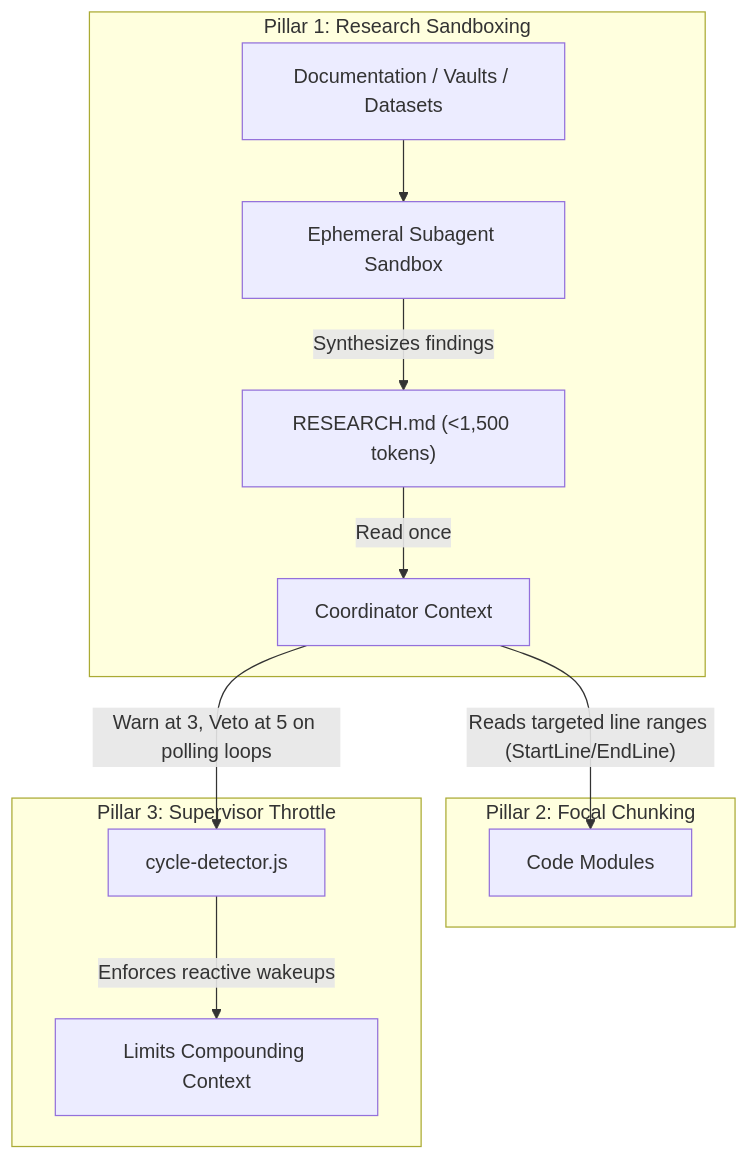
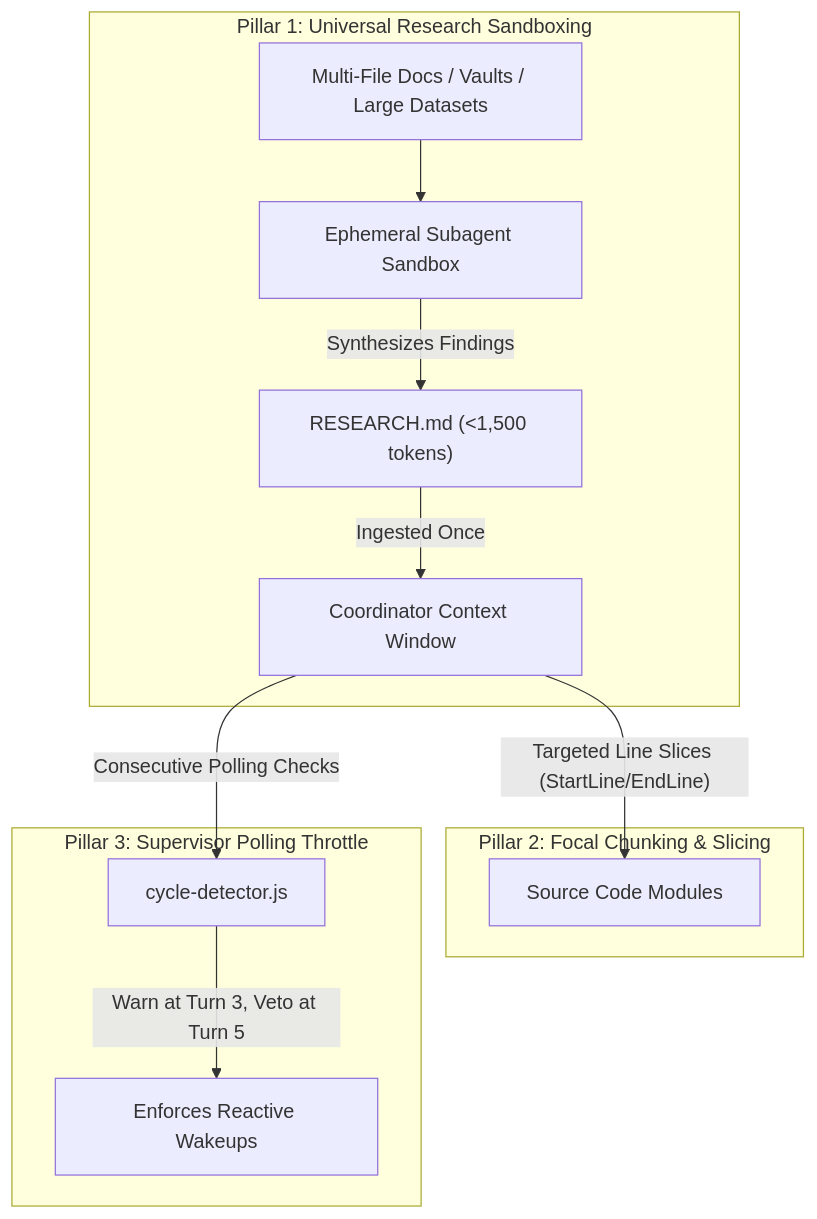
One commit to SamarVScode/AgentAegis_V2.0---Universal-Cognitive-Interceptor-and-Vetting-Harness changed the third of 3 diagrams in README.md. Above: the diagram before and after it, drawn with Mermaid. The commit also changed other lines of this file and 11 other files, not shown here.

Commit message:
Update documentation and interactive walkthrough with rigid Jev-governed architectural specifications

````diff
--- a/README.md
+++ b/README.md
@@ -71,17 +272,17 @@
 ```mermaid
 flowchart TD
-    subgraph Pillar1["Pillar 1: Research Sandboxing"]
-        D["Documentation / Vaults / Datasets"] --> S["Ephemeral Subagent Sandbox"]
-        S -->|"Synthesizes findings"| R["RESEARCH.md (<1,500 tokens)"]
-        R -->|"Read once"| C["Coordinator Context"]
+    subgraph Pillar1["Pillar 1: Universal Research Sandboxing"]
+        D["Multi-File Docs / Vaults / Large Datasets"] --> S["Ephemeral Subagent Sandbox"]
+        S -->|"Synthesizes Findings"| R["RESEARCH.md (<1,500 tokens)"]
+        R -->|"Ingested Once"| C["Coordinator Context Window"]
     end
 
-    subgraph Pillar2["Pillar 2: Focal Chunking"]
-        C -->|"Reads targeted line ranges (StartLine/EndLine)"| F["Code Modules"]
+    subgraph Pillar2["Pillar 2: Focal Chunking & Slicing"]
+        C -->|"Targeted Line Slices (StartLine/EndLine)"| Code["Source Code Modules"]
     end
 
-    subgraph Pillar3["Pillar 3: Supervisor Throttle"]
-        C -->|"Warn at 3, Veto at 5 on polling loops"| T["cycle-detector.js"]
-        T -->|"Enforces reactive wakeups"| W["Limits Compounding Context"]
+    subgraph Pillar3["Pillar 3: Supervisor Polling Throttle"]
+        C -->|"Consecutive Polling Checks"| T["cycle-detector.js"]
+        T -->|"Warn at Turn 3, Veto at Turn 5"| W["Enforces Reactive Wakeups"]
     end
 ```
````
